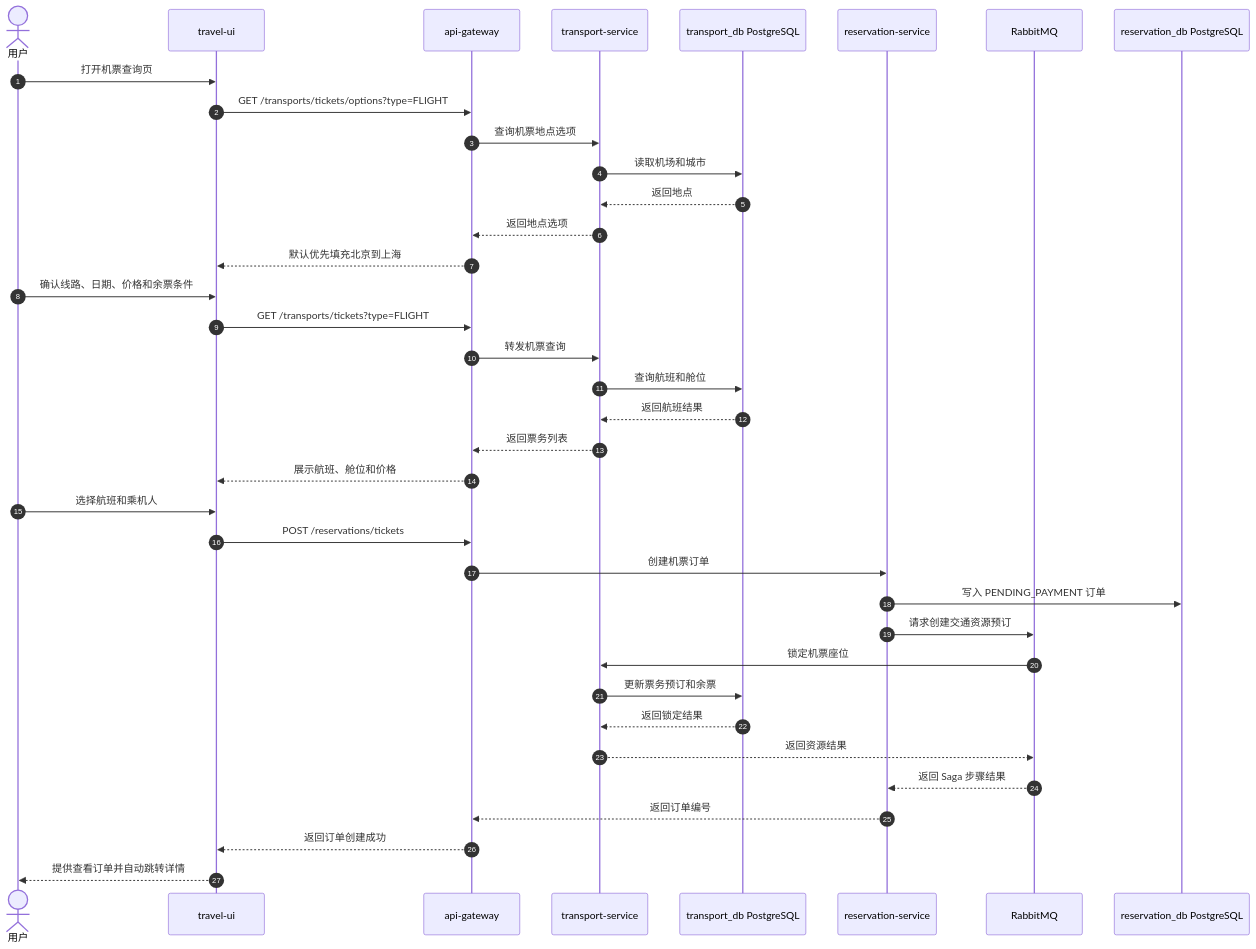
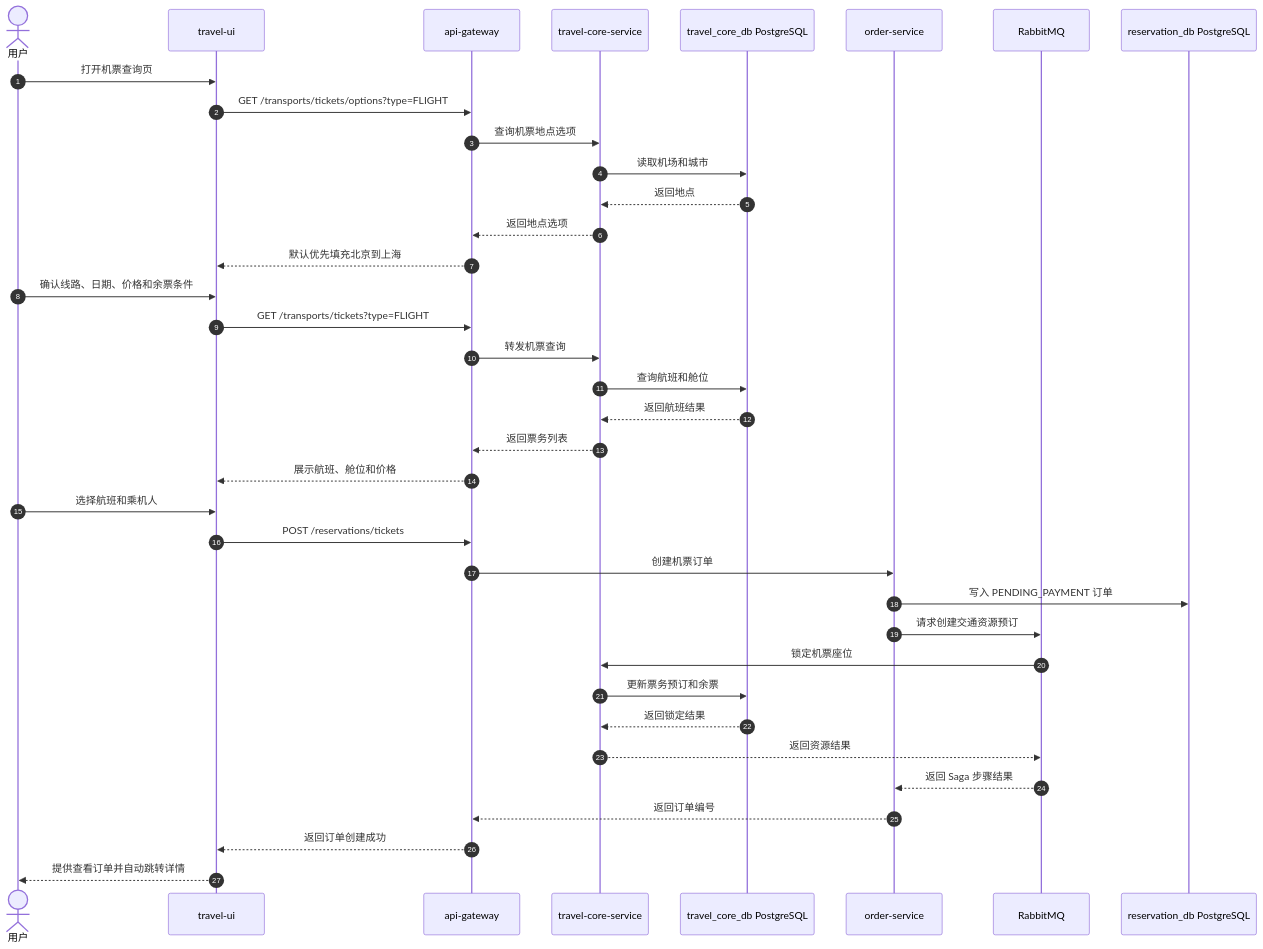
One commit to QzlabQ/TravelOn changed the fourth of 9 diagrams in docs/概要设计.md. Above: the diagram before and after it, drawn with Mermaid. The commit also changed other lines of this file and 11 other files, not shown here.

````diff
--- a/docs/概要设计.md
+++ b/docs/概要设计.md
@@ -409,42 +396,42 @@
 ```mermaid
 sequenceDiagram
     autonumber
     actor User as 用户
     participant UI as travel-ui
     participant GW as api-gateway
-    participant TS as transport-service
-    participant TDB as transport_db PostgreSQL
-    participant RS as reservation-service
+    participant TS as travel-core-service
+    participant TDB as travel_core_db PostgreSQL
+    participant RS as order-service
     participant MQ as RabbitMQ
     participant RDB as reservation_db PostgreSQL
 
     User->>UI: 打开机票查询页
     UI->>GW: GET /transports/tickets/options?type=FLIGHT
     GW->>TS: 查询机票地点选项
     TS->>TDB: 读取机场和城市
     TDB-->>TS: 返回地点
     TS-->>GW: 返回地点选项
     GW-->>UI: 默认优先填充北京到上海
 
     User->>UI: 确认线路、日期、价格和余票条件
     UI->>GW: GET /transports/tickets?type=FLIGHT
     GW->>TS: 转发机票查询
     TS->>TDB: 查询航班和舱位
     TDB-->>TS: 返回航班结果
     TS-->>GW: 返回票务列表
     GW-->>UI: 展示航班、舱位和价格
 
     User->>UI: 选择航班和乘机人
     UI->>GW: POST /reservations/tickets
     GW->>RS: 创建机票订单
     RS->>RDB: 写入 PENDING_PAYMENT 订单
     RS->>MQ: 请求创建交通资源预订
     MQ->>TS: 锁定机票座位
     TS->>TDB: 更新票务预订和余票
     TDB-->>TS: 返回锁定结果
     TS-->>MQ: 返回资源结果
     MQ-->>RS: 返回 Saga 步骤结果
     RS-->>GW: 返回订单编号
     GW-->>UI: 返回订单创建成功
     UI-->>User: 提供查看订单并自动跳转详情
 ```
````
